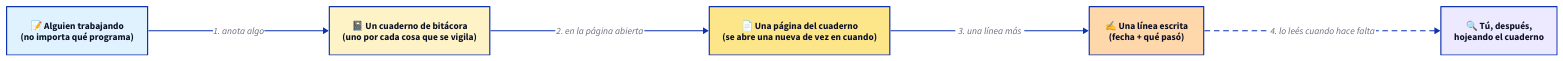
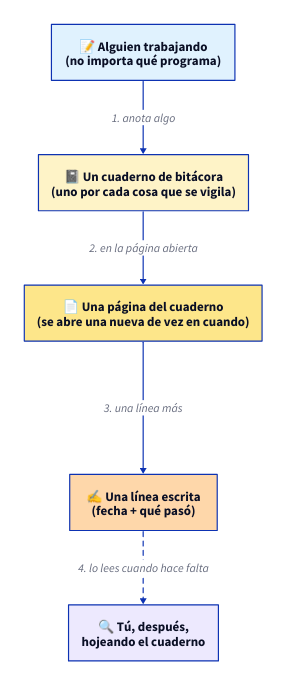
Before and after one commit to Verastian/aws-floci: the diagram in proyectos/quiz-avanzado/docs/diagramas/analogia-bitacora.d2, drawn with D2. The commit also changed 2 other files, not shown here.

```diff
--- a/proyectos/quiz-avanzado/docs/diagramas/analogia-bitacora.d2
+++ b/proyectos/quiz-avanzado/docs/diagramas/analogia-bitacora.d2
@@ -1,24 +1,51 @@
-direction: right
+direction: down
 
-persona: "📝 Alguien trabajando\n(no importa qué programa)" {
-  style.fill: "#e0f2fe"
-}
-cuaderno: "📓 Un cuaderno de bitácora\n(uno por cada cosa que se vigila)" {
-  style.fill: "#fef3c7"
-}
-pagina: "📄 Una página del cuaderno\n(se abre una nueva de vez en cuando)" {
-  style.fill: "#fde68a"
-}
-linea: "✍️ Una línea escrita\n(fecha + qué pasó)" {
-  style.fill: "#fed7aa"
-}
-vos: "🔍 Tú, después,\nhojeando el cuaderno" {
-  style.fill: "#ede9fe"
+fila1: "" {
+  style.fill: transparent
+  style.stroke: transparent
+  direction: right
+
+  persona: "📝 Alguien trabajando\n(no importa qué programa)" {
+    style.fill: "#e0f2fe"
+    style.font-size: 22
+  }
+  cuaderno: "📓 Un cuaderno de bitácora\n(uno por cada cosa que se vigila)" {
+    style.fill: "#fef3c7"
+    style.font-size: 22
+  }
+  pagina: "📄 Una página del cuaderno\n(se abre una nueva de vez en cuando)" {
+    style.fill: "#fde68a"
+    style.font-size: 22
+  }
+
+  persona -> cuaderno: "1. anota algo" {
+    style.font-size: 20
+  }
+  cuaderno -> pagina: "2. en la página abierta" {
+    style.font-size: 20
+  }
 }
 
-persona -> cuaderno: "1. anota algo"
-cuaderno -> pagina: "2. en la página abierta"
-pagina -> linea: "3. una línea más"
-linea -> vos: "4. lo leés cuando hace falta" {
-  style.stroke-dash: 4
+fila2: "" {
+  style.fill: transparent
+  style.stroke: transparent
+  direction: right
+
+  tu: "🔍 Tú, después,\nhojeando el cuaderno" {
+    style.fill: "#ede9fe"
+    style.font-size: 22
+  }
+  linea: "✍️ Una línea escrita\n(fecha + qué pasó)" {
+    style.fill: "#fed7aa"
+    style.font-size: 22
+  }
+
+  linea -> tu: "4. lo lees cuando hace falta" {
+    style.stroke-dash: 4
+    style.font-size: 20
+  }
 }
+
+fila1.pagina -> fila2.linea: "3. una línea más" {
+  style.font-size: 20
+}
```
